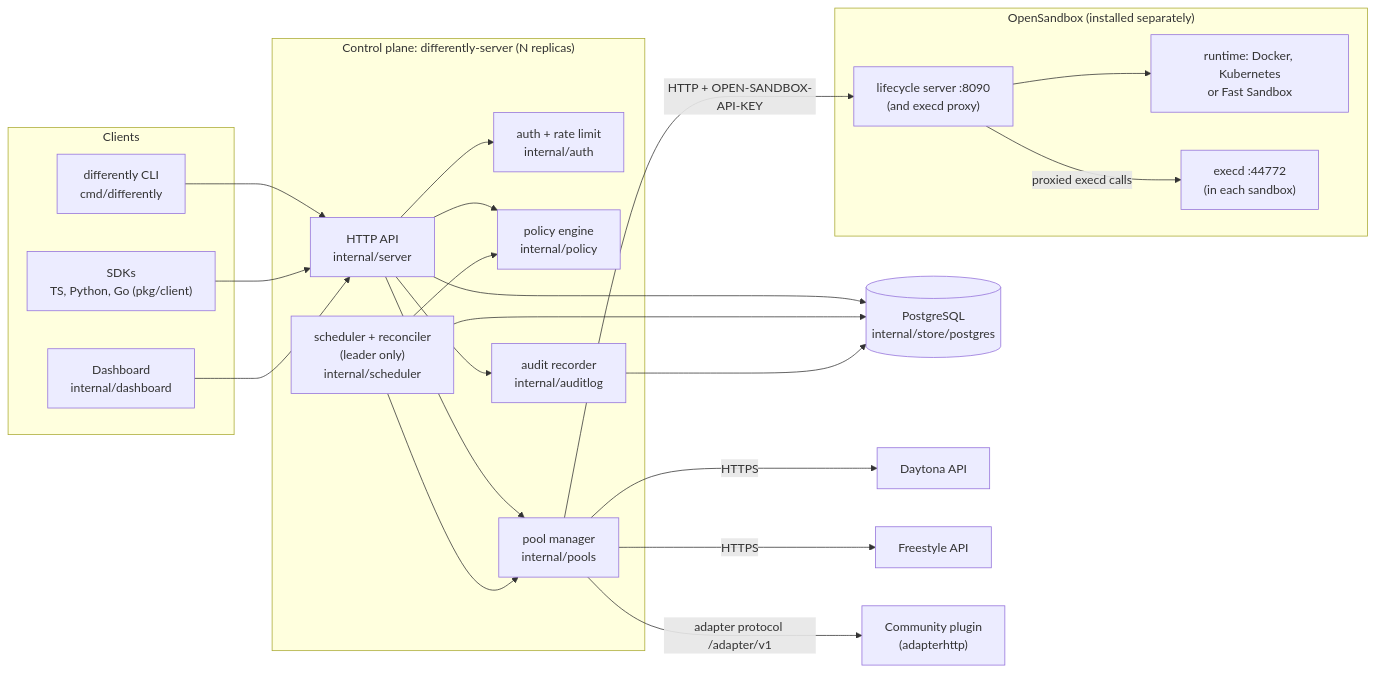
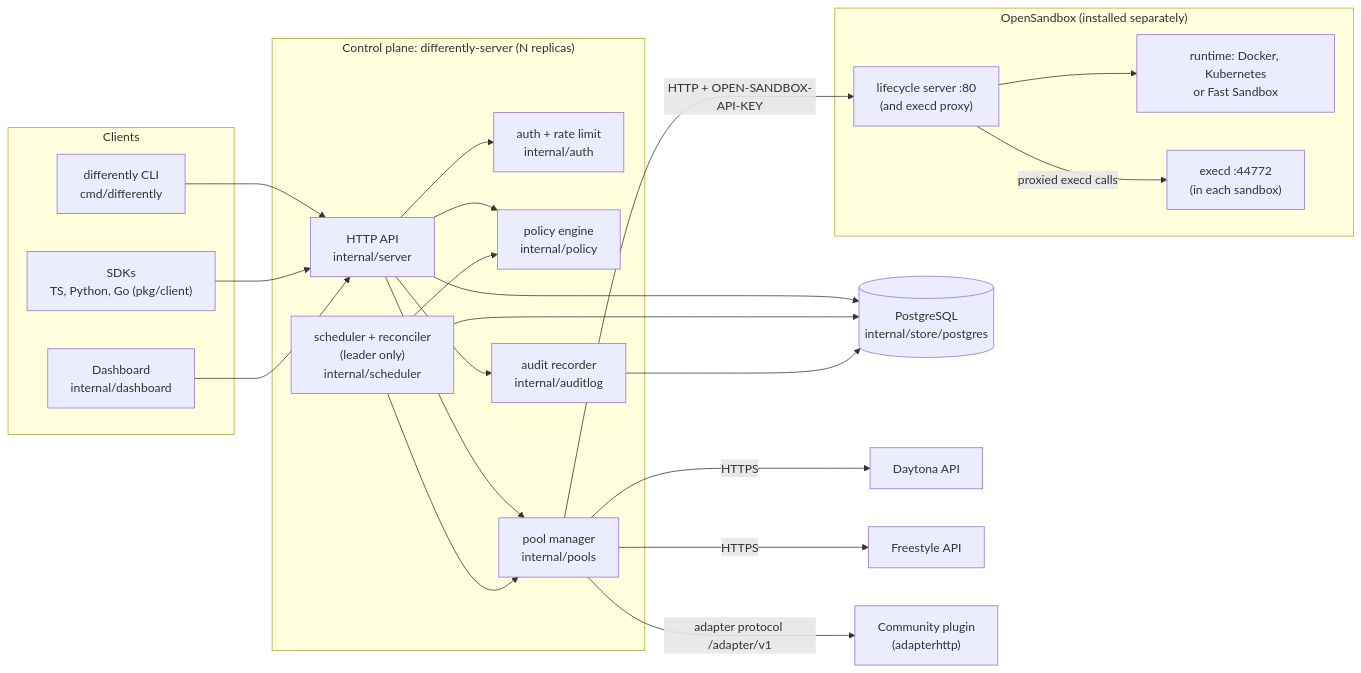
Before and after one commit to different-ai/differently: the second of 5 diagrams in docs/architecture/README.md, drawn with Mermaid. The commit also changed other lines of this file and 37 other files, not shown here.

````diff
--- a/docs/architecture/README.md
+++ b/docs/architecture/README.md
@@ -157,40 +157,40 @@
 ```mermaid
 flowchart LR
   subgraph Clients
     CLI["differently CLI<br/>cmd/differently"]
     SDK["SDKs<br/>TS, Python, Go (pkg/client)"]
     UI["Dashboard<br/>internal/dashboard"]
   end
   subgraph CP["Control plane: differently-server (N replicas)"]
     HTTP["HTTP API<br/>internal/server"]
     AUTH["auth + rate limit<br/>internal/auth"]
     POL["policy engine<br/>internal/policy"]
     SCH["scheduler + reconciler<br/>(leader only)<br/>internal/scheduler"]
     PM["pool manager<br/>internal/pools"]
     AUD["audit recorder<br/>internal/auditlog"]
   end
   PG[("PostgreSQL<br/>internal/store/postgres")]
   subgraph OSB["OpenSandbox (installed separately)"]
-    OSS["lifecycle server :8090<br/>(and execd proxy)"]
+    OSS["lifecycle server :80<br/>(and execd proxy)"]
     RT["runtime: Docker, Kubernetes<br/>or Fast Sandbox"]
     EX["execd :44772<br/>(in each sandbox)"]
   end
   DAY["Daytona API"]
   FRE["Freestyle API"]
   PLG["Community plugin<br/>(adapterhttp)"]
 
   CLI & SDK & UI --> HTTP
   HTTP --> AUTH
   HTTP --> POL
   HTTP --> PM
   HTTP --> AUD
   SCH --> POL
   SCH --> PM
   HTTP & SCH & AUD --> PG
   PM -- "HTTP + OPEN-SANDBOX-API-KEY" --> OSS
   OSS --> RT
   OSS -- "proxied execd calls" --> EX
   PM -- HTTPS --> DAY
   PM -- HTTPS --> FRE
   PM -- "adapter protocol /adapter/v1" --> PLG
 ```
````
